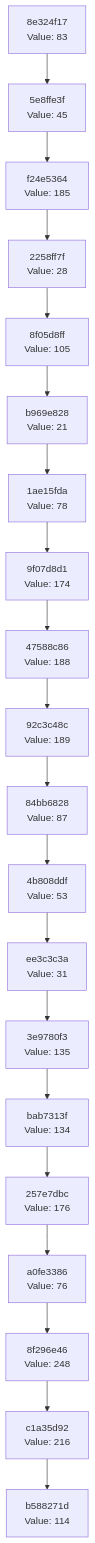
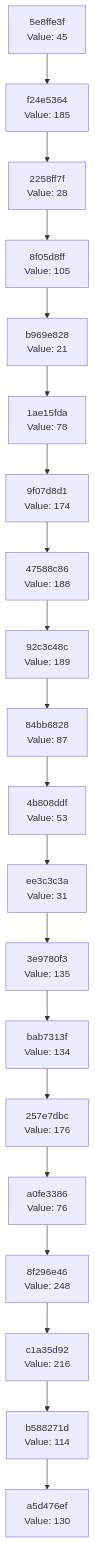
The diagram in docs/CHAIN_VISUALIZATION.md (Abhisheksinha1506/hash-chain-evolver), drawn with Mermaid before and after one commit. The commit also changed 3 other files, not shown here.

````diff
--- a/docs/CHAIN_VISUALIZATION.md
+++ b/docs/CHAIN_VISUALIZATION.md
@@ -3,42 +3,42 @@
 ```mermaid
 graph TD
-    C0["b588271d<br/>Value: 114"]
-    C1["c1a35d92<br/>Value: 216"]
+    C0["a5d476ef<br/>Value: 130"]
+    C1["b588271d<br/>Value: 114"]
     C1 --> C0
-    C2["8f296e46<br/>Value: 248"]
+    C2["c1a35d92<br/>Value: 216"]
     C2 --> C1
-    C3["a0fe3386<br/>Value: 76"]
+    C3["8f296e46<br/>Value: 248"]
     C3 --> C2
-    C4["257e7dbc<br/>Value: 176"]
+    C4["a0fe3386<br/>Value: 76"]
     C4 --> C3
-    C5["bab7313f<br/>Value: 134"]
+    C5["257e7dbc<br/>Value: 176"]
     C5 --> C4
-    C6["3e9780f3<br/>Value: 135"]
+    C6["bab7313f<br/>Value: 134"]
     C6 --> C5
-    C7["ee3c3c3a<br/>Value: 31"]
+    C7["3e9780f3<br/>Value: 135"]
     C7 --> C6
-    C8["4b808ddf<br/>Value: 53"]
+    C8["ee3c3c3a<br/>Value: 31"]
     C8 --> C7
-    C9["84bb6828<br/>Value: 87"]
+    C9["4b808ddf<br/>Value: 53"]
     C9 --> C8
-    C10["92c3c48c<br/>Value: 189"]
+    C10["84bb6828<br/>Value: 87"]
     C10 --> C9
-    C11["47588c86<br/>Value: 188"]
+    C11["92c3c48c<br/>Value: 189"]
     C11 --> C10
-    C12["9f07d8d1<br/>Value: 174"]
+    C12["47588c86<br/>Value: 188"]
     C12 --> C11
-    C13["1ae15fda<br/>Value: 78"]
+    C13["9f07d8d1<br/>Value: 174"]
     C13 --> C12
-    C14["b969e828<br/>Value: 21"]
+    C14["1ae15fda<br/>Value: 78"]
     C14 --> C13
-    C15["8f05d8ff<br/>Value: 105"]
+    C15["b969e828<br/>Value: 21"]
     C15 --> C14
-    C16["2258ff7f<br/>Value: 28"]
+    C16["8f05d8ff<br/>Value: 105"]
     C16 --> C15
-    C17["f24e5364<br/>Value: 185"]
+    C17["2258ff7f<br/>Value: 28"]
     C17 --> C16
-    C18["5e8ffe3f<br/>Value: 45"]
+    C18["f24e5364<br/>Value: 185"]
     C18 --> C17
-    C19["8e324f17<br/>Value: 83"]
+    C19["5e8ffe3f<br/>Value: 45"]
     C19 --> C18
 ```
````
